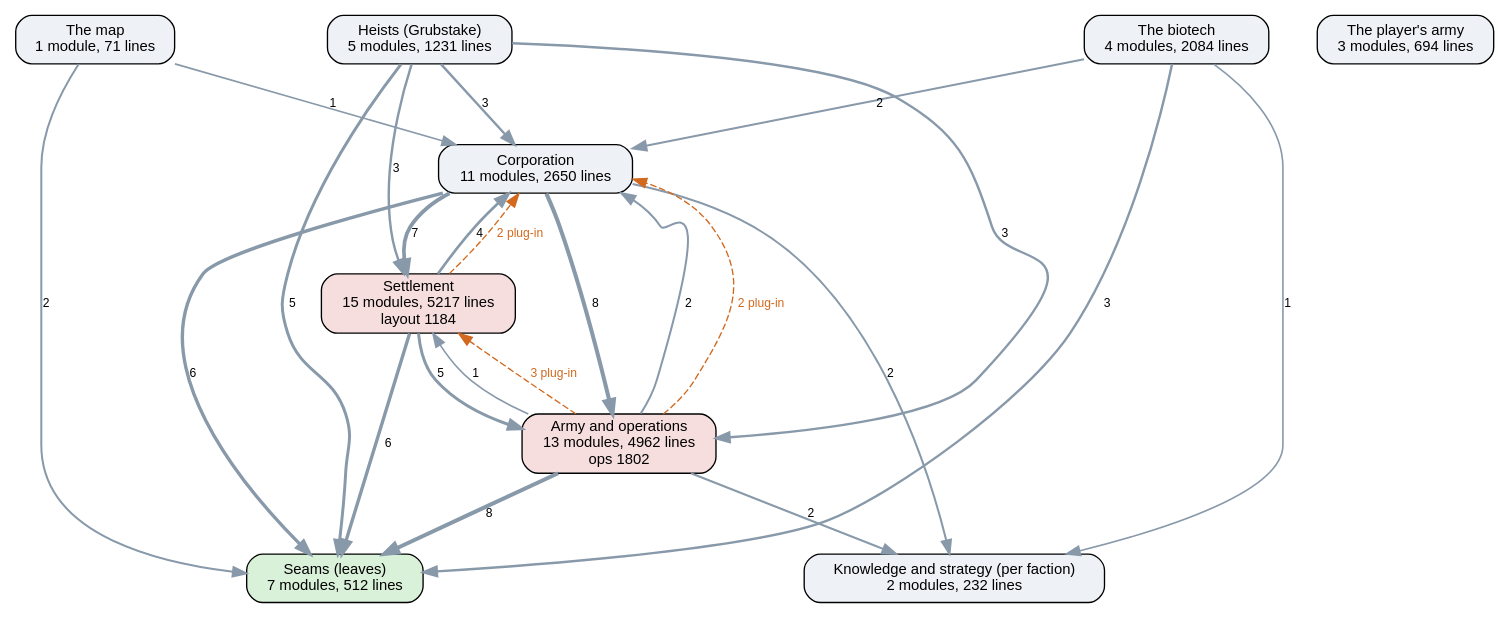
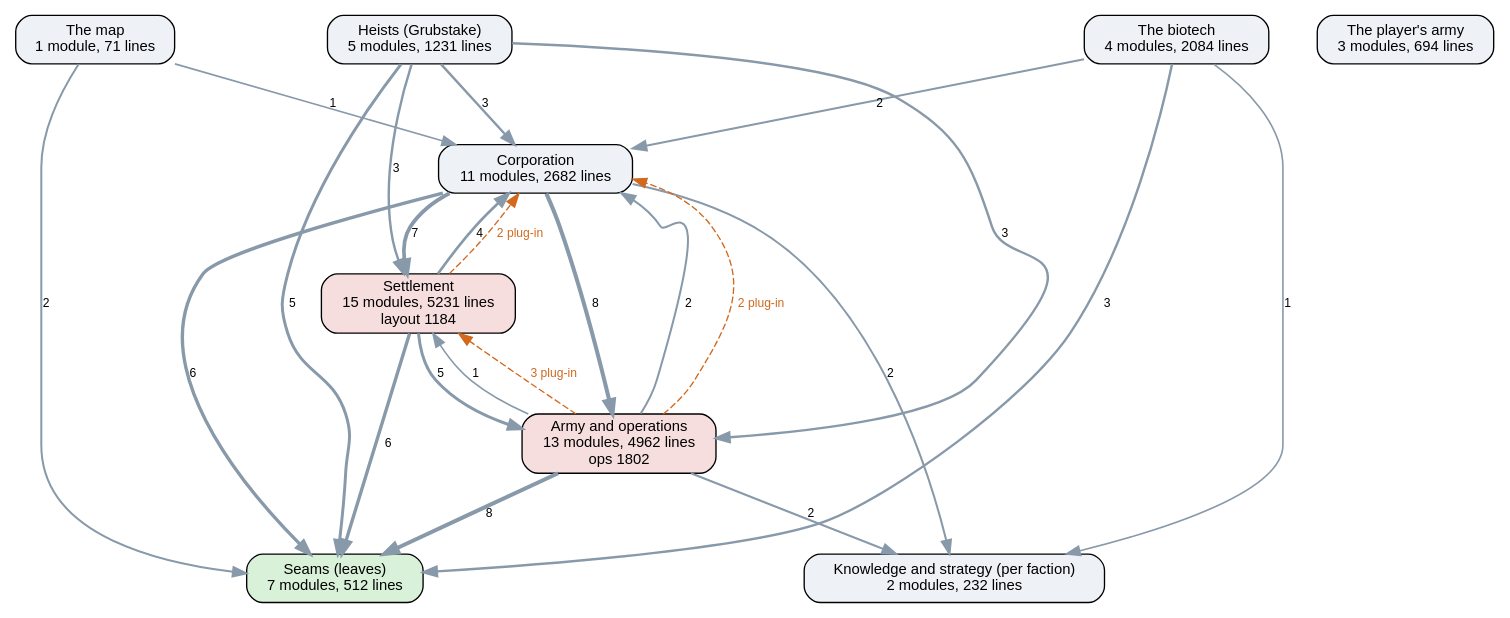
One commit to kinelhu/landing-party changed the diagram in docs/ai-layers.dot. Above: the diagram before and after it, drawn with Graphviz. The commit also changed 11 other files, not shown here.

```diff
--- a/docs/ai-layers.dot
+++ b/docs/ai-layers.dot
@@ -1,37 +1,37 @@
 digraph layers {
   graph [rankdir=TB, fontname="Helvetica", nodesep=0.5, ranksep=0.7];
   node [shape=box, style="rounded,filled", fontname="Helvetica", fontsize=11, fillcolor="#eef2f7"];
   edge [color="#8899aa", fontname="Helvetica", fontsize=9];
   "Seams (leaves)" [label="Seams (leaves)\n7 modules, 512 lines", fillcolor="#d9f0d9"];
   "Knowledge and strategy (per faction)" [label="Knowledge and strategy (per faction)\n2 modules, 232 lines", fillcolor="#eef2f7"];
-  "Corporation" [label="Corporation\n11 modules, 2650 lines", fillcolor="#eef2f7"];
-  "Settlement" [label="Settlement\n15 modules, 5217 lines\nlayout 1184", fillcolor="#f7dede"];
+  "Corporation" [label="Corporation\n11 modules, 2682 lines", fillcolor="#eef2f7"];
+  "Settlement" [label="Settlement\n15 modules, 5231 lines\nlayout 1184", fillcolor="#f7dede"];
   "Army and operations" [label="Army and operations\n13 modules, 4962 lines\nops 1802", fillcolor="#f7dede"];
   "Heists (Grubstake)" [label="Heists (Grubstake)\n5 modules, 1231 lines", fillcolor="#eef2f7"];
   "The biotech" [label="The biotech\n4 modules, 2084 lines", fillcolor="#eef2f7"];
   "The map" [label="The map\n1 module, 71 lines", fillcolor="#eef2f7"];
   "The player's army" [label="The player's army\n3 modules, 694 lines", fillcolor="#eef2f7"];
   "Army and operations" -> "Corporation" [label="2", penwidth=1.5];
   "Army and operations" -> "Knowledge and strategy (per faction)" [label="2", penwidth=1.5];
   "Army and operations" -> "Seams (leaves)" [label="8", penwidth=3.0];
   "Army and operations" -> "Settlement" [label="1", penwidth=1.2];
   "Corporation" -> "Army and operations" [label="8", penwidth=3.0];
   "Corporation" -> "Knowledge and strategy (per faction)" [label="2", penwidth=1.5];
   "Corporation" -> "Seams (leaves)" [label="6", penwidth=2.5];
   "Corporation" -> "Settlement" [label="7", penwidth=2.8];
   "Heists (Grubstake)" -> "Army and operations" [label="3", penwidth=1.8];
   "Heists (Grubstake)" -> "Corporation" [label="3", penwidth=1.8];
   "Heists (Grubstake)" -> "Seams (leaves)" [label="5", penwidth=2.2];
   "Heists (Grubstake)" -> "Settlement" [label="3", penwidth=1.8];
   "Settlement" -> "Army and operations" [label="5", penwidth=2.2];
   "Settlement" -> "Corporation" [label="4", penwidth=2.0];
   "Settlement" -> "Seams (leaves)" [label="6", penwidth=2.5];
   "The biotech" -> "Corporation" [label="2", penwidth=1.5];
   "The biotech" -> "Knowledge and strategy (per faction)" [label="1", penwidth=1.2];
   "The biotech" -> "Seams (leaves)" [label="3", penwidth=1.8];
   "The map" -> "Corporation" [label="1", penwidth=1.2];
   "The map" -> "Seams (leaves)" [label="2", penwidth=1.5];
   "Army and operations" -> "Corporation" [style=dashed, color="#d2691e", fontcolor="#d2691e", label="2 plug-in"];
   "Army and operations" -> "Settlement" [style=dashed, color="#d2691e", fontcolor="#d2691e", label="3 plug-in"];
   "Settlement" -> "Corporation" [style=dashed, color="#d2691e", fontcolor="#d2691e", label="2 plug-in"];
 }
```
